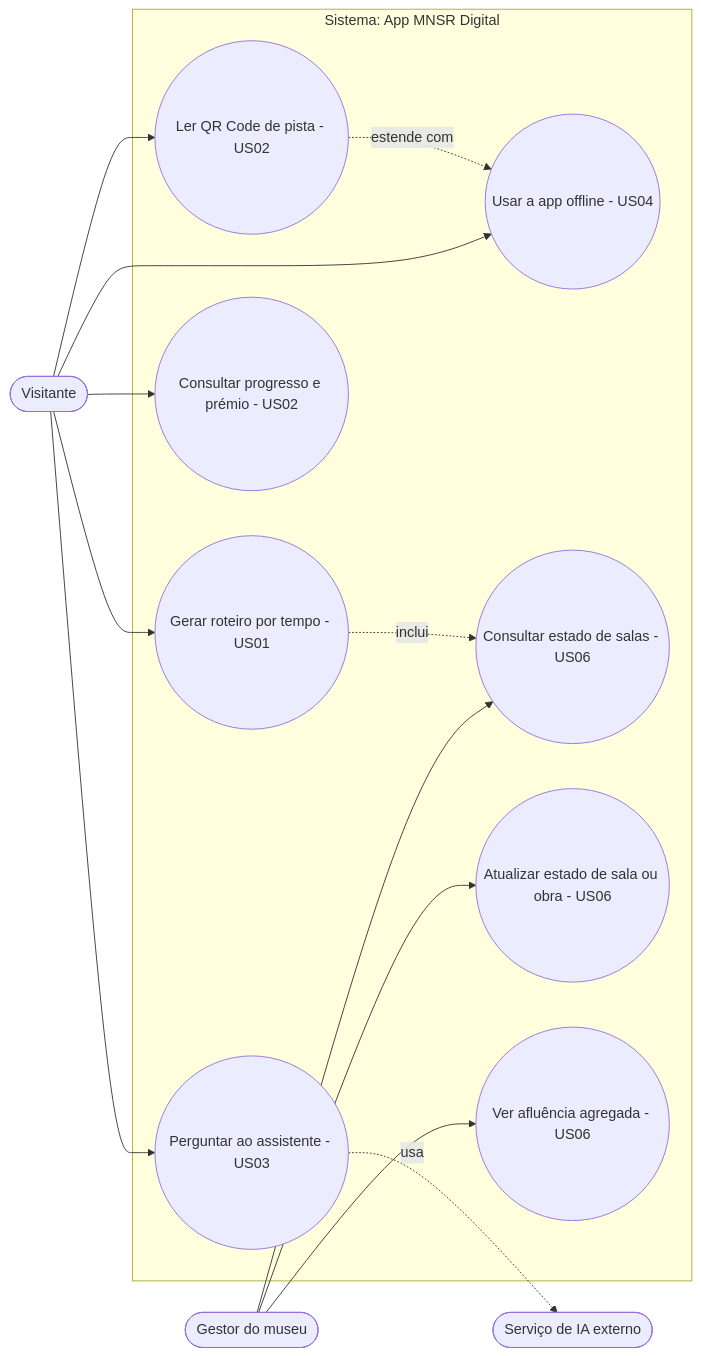
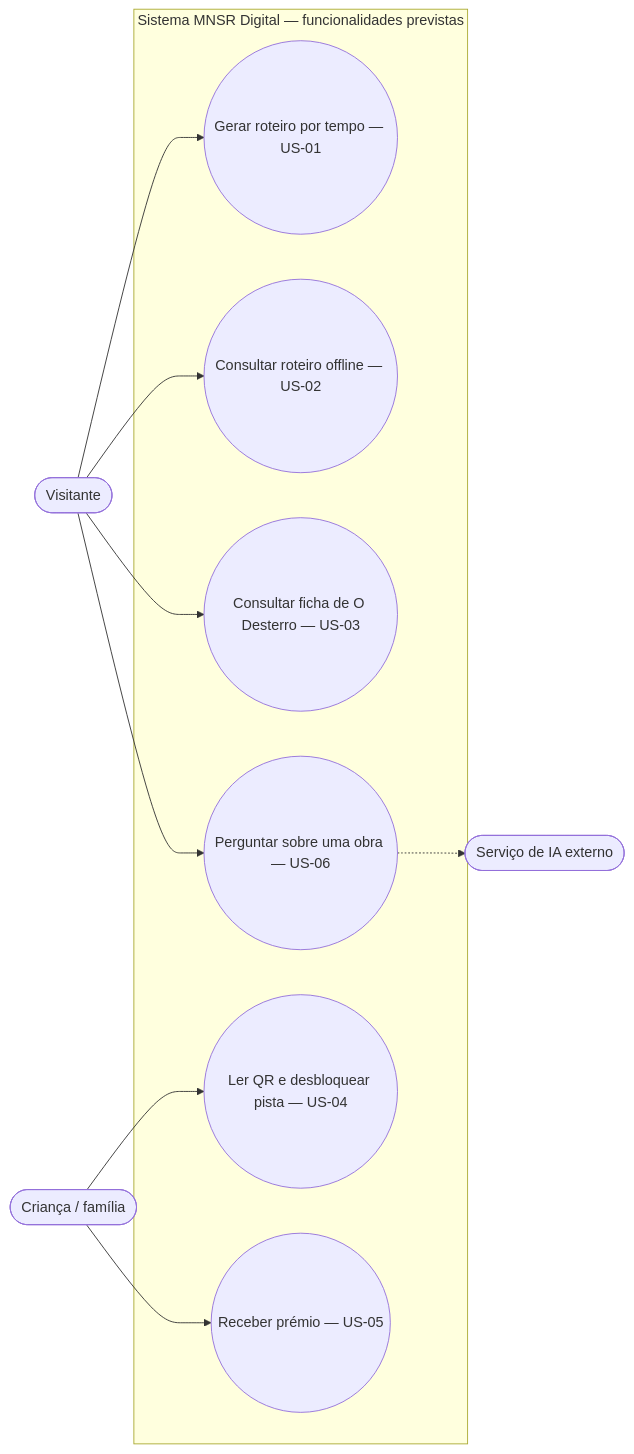
The first of 6 diagrams in docs/arquitetura.md (PedroRodriguesUFP/Projeto-de-ESOF), drawn with Mermaid before and after one commit. The commit also changed other lines of this file and 3 other files, not shown here.

````diff
--- a/docs/arquitetura.md
+++ b/docs/arquitetura.md
@@ -10,29 +9,21 @@
 ```mermaid
 flowchart LR
     V([Visitante])
-    G([Gestor do museu])
+    C([Criança / família])
     IA([Serviço de IA externo])
-
-    subgraph SIS["Sistema: App MNSR Digital"]
-        UC1(("Gerar roteiro por tempo - US01"))
-        UC2(("Ler QR Code de pista - US02"))
-        UC3(("Consultar progresso e prémio - US02"))
-        UC4(("Perguntar ao assistente - US03"))
-        UC5(("Usar a app offline - US04"))
-        UC6(("Consultar estado de salas - US06"))
-        UC7(("Atualizar estado de sala ou obra - US06"))
-        UC8(("Ver afluência agregada - US06"))
+    subgraph APP["Sistema MNSR Digital — funcionalidades previstas"]
+        UC1(("Gerar roteiro por tempo — US-01"))
+        UC2(("Consultar roteiro offline — US-02"))
+        UC3(("Consultar ficha de O Desterro — US-03"))
+        UC4(("Ler QR e desbloquear pista — US-04"))
+        UC5(("Receber prémio — US-05"))
+        UC6(("Perguntar sobre uma obra — US-06"))
     end
-
     V --> UC1
     V --> UC2
     V --> UC3
-    V --> UC4
-    V --> UC5
-    G --> UC6
-    G --> UC7
-    G --> UC8
-    UC4 -.->|"usa"| IA
-    UC1 -.->|"inclui"| UC6
-    UC2 -.->|"estende com"| UC5
+    V --> UC6
+    C --> UC4
+    C --> UC5
+    UC6 -.-> IA
 ```
````
